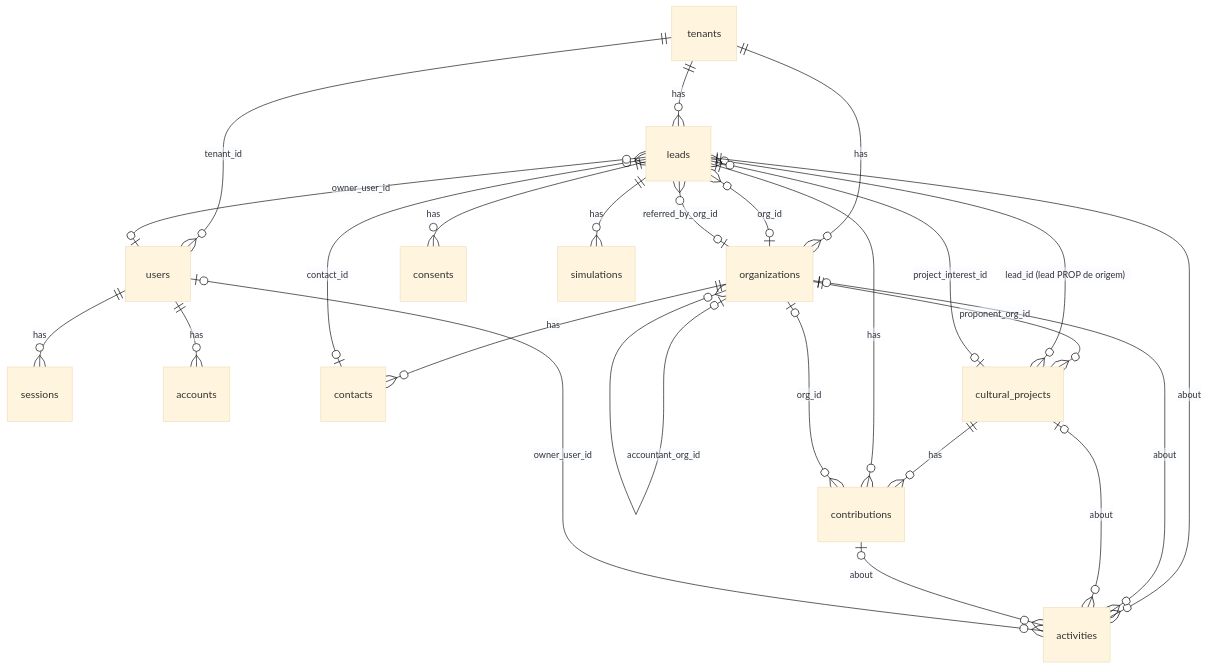
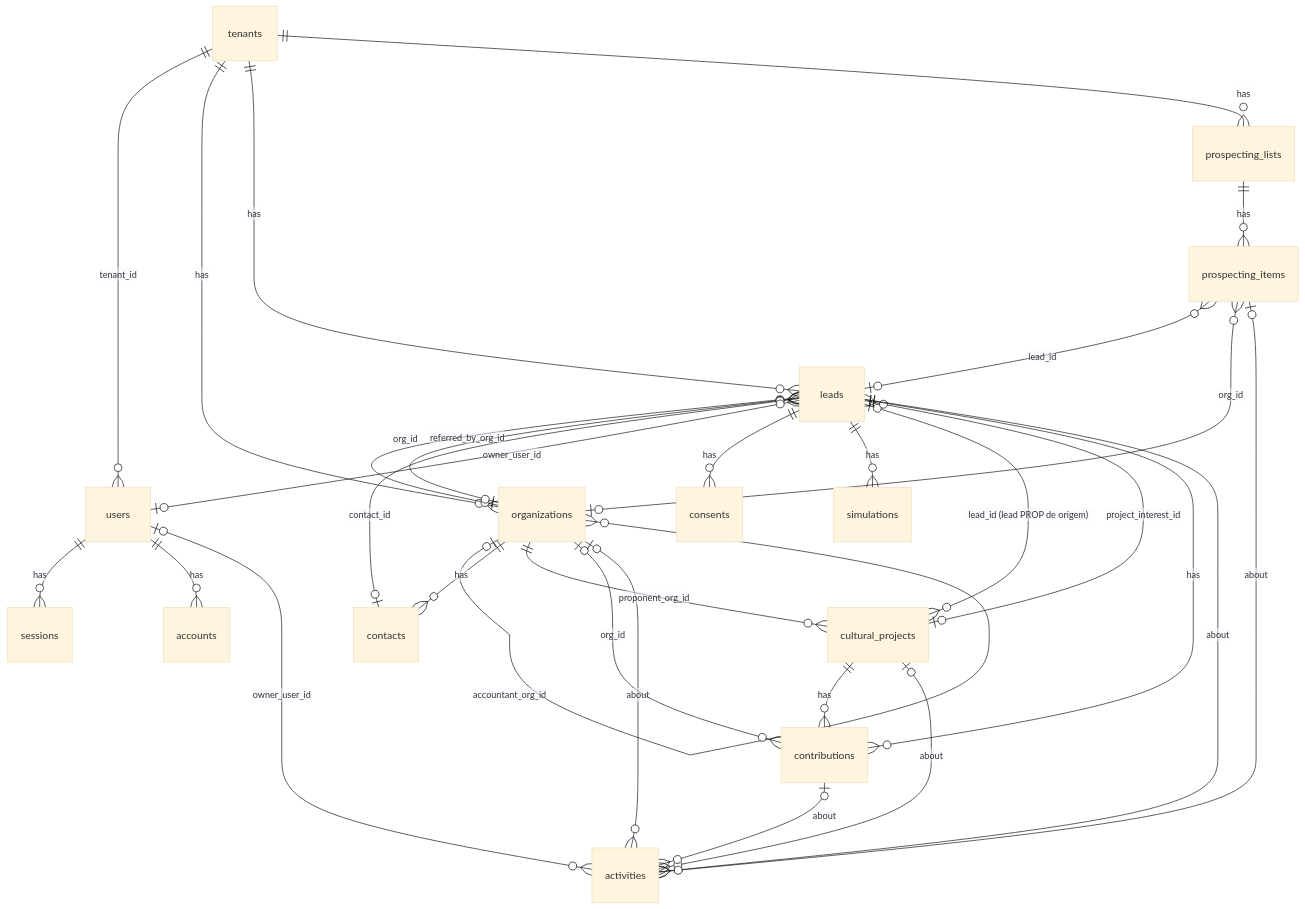
Before and after one commit to aleciomunizrafael/prospekto: the diagram in docs/arquitetura/modelo-de-dados.md, drawn with Mermaid (base theme). The commit also changed other lines of this file and 7 other files, not shown here.

````diff
--- a/docs/arquitetura/modelo-de-dados.md
+++ b/docs/arquitetura/modelo-de-dados.md
@@ -25,27 +25,32 @@
 ```mermaid
 erDiagram
   tenants ||--o{ users : "tenant_id"
   users ||--o{ sessions : has
   users ||--o{ accounts : has
   tenants ||--o{ organizations : has
   organizations o|--o{ organizations : "accountant_org_id"
   organizations ||--o{ contacts : has
   tenants ||--o{ leads : has
   leads }o--o| organizations : "org_id"
   leads }o--o| organizations : "referred_by_org_id"
   leads }o--o| contacts : "contact_id"
   leads }o--o| users : "owner_user_id"
   leads ||--o{ consents : has
   leads ||--o{ simulations : has
   organizations ||--o{ cultural_projects : "proponent_org_id"
   leads o|--o{ cultural_projects : "lead_id (lead PROP de origem)"
   leads }o--o| cultural_projects : "project_interest_id"
   cultural_projects ||--o{ contributions : has
   leads ||--o{ contributions : has
   organizations o|--o{ contributions : "org_id"
   leads ||--o{ activities : about
   organizations o|--o{ activities : about
   cultural_projects o|--o{ activities : about
   contributions o|--o{ activities : about
   users o|--o{ activities : "owner_user_id"
+  tenants ||--o{ prospecting_lists : has
+  prospecting_lists ||--o{ prospecting_items : has
+  prospecting_items }o--o| leads : "lead_id"
+  prospecting_items }o--o| organizations : "org_id"
+  prospecting_items o|--o{ activities : about
 ```
````
